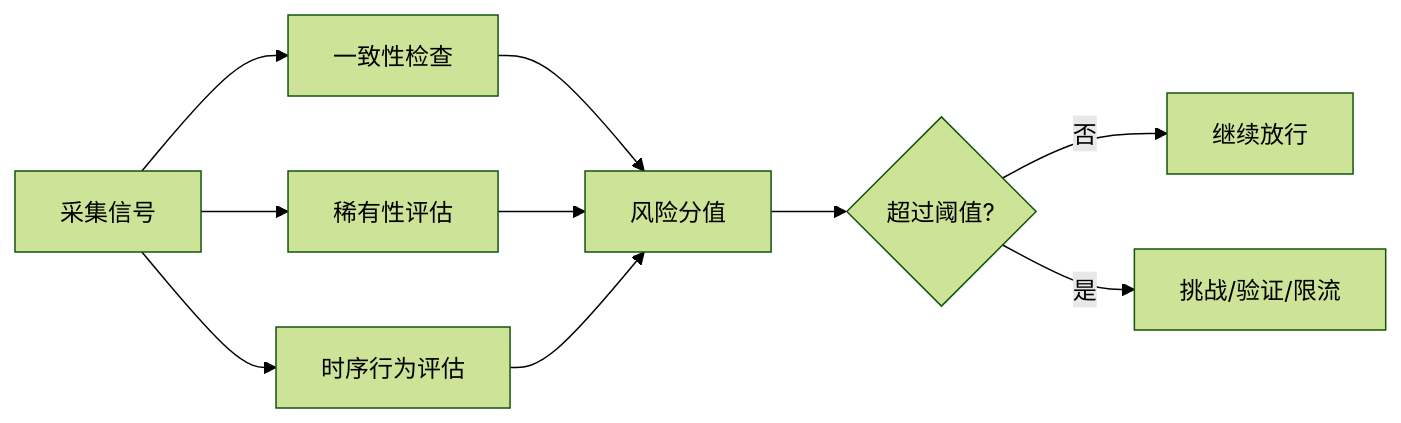
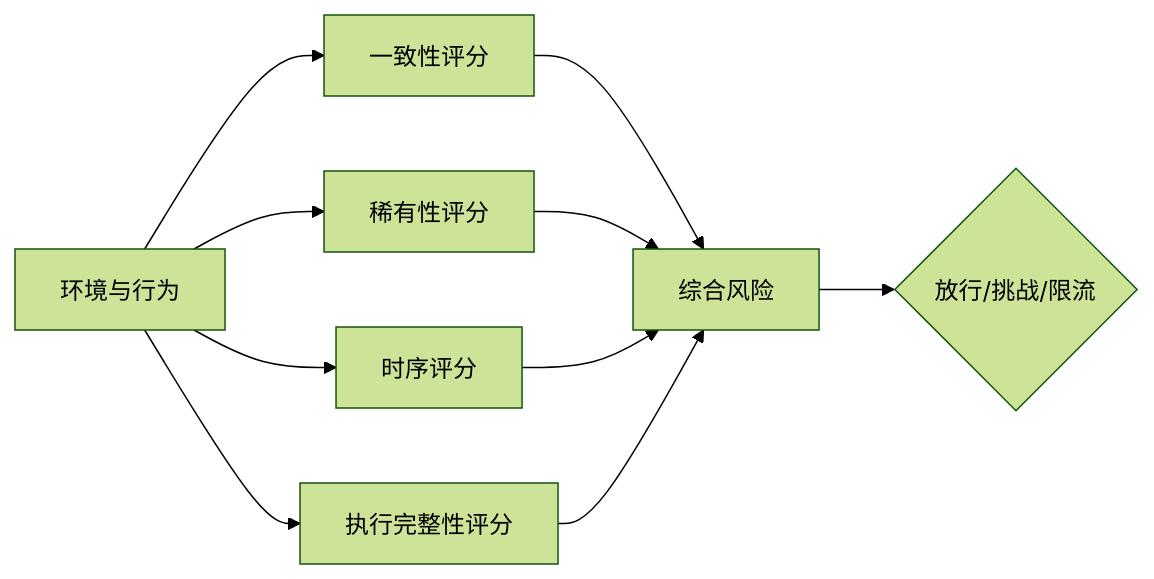
Before and after one commit to leeguooooo/chrome-use: the first of 3 diagrams in docs/blog/agent-browser-stealth-attack-defense-playbook.zh-CN.md, drawn with Mermaid (forest theme). The commit also changed other lines of this file and 15 other files, not shown here.

````diff
--- a/docs/blog/agent-browser-stealth-attack-defense-playbook.zh-CN.md
+++ b/docs/blog/agent-browser-stealth-attack-defense-playbook.zh-CN.md
@@ -21,12 +28,12 @@
 ```mermaid
 flowchart LR
-  A["采集信号"] --> B["一致性检查"]
-  A --> C["稀有性评估"]
-  A --> D["时序行为评估"]
-  B --> E["风险分值"]
-  C --> E
-  D --> E
-  E --> F{"超过阈值?"}
-  F -->|否| G["继续放行"]
-  F -->|是| H["挑战/验证/限流"]
+  A["环境与行为"] --> B["一致性评分"]
+  A --> C["稀有性评分"]
+  A --> D["时序评分"]
+  A --> E["执行完整性评分"]
+  B --> F["综合风险"]
+  C --> F
+  D --> F
+  E --> F
+  F --> G{"放行/挑战/限流"}
 ```
````
